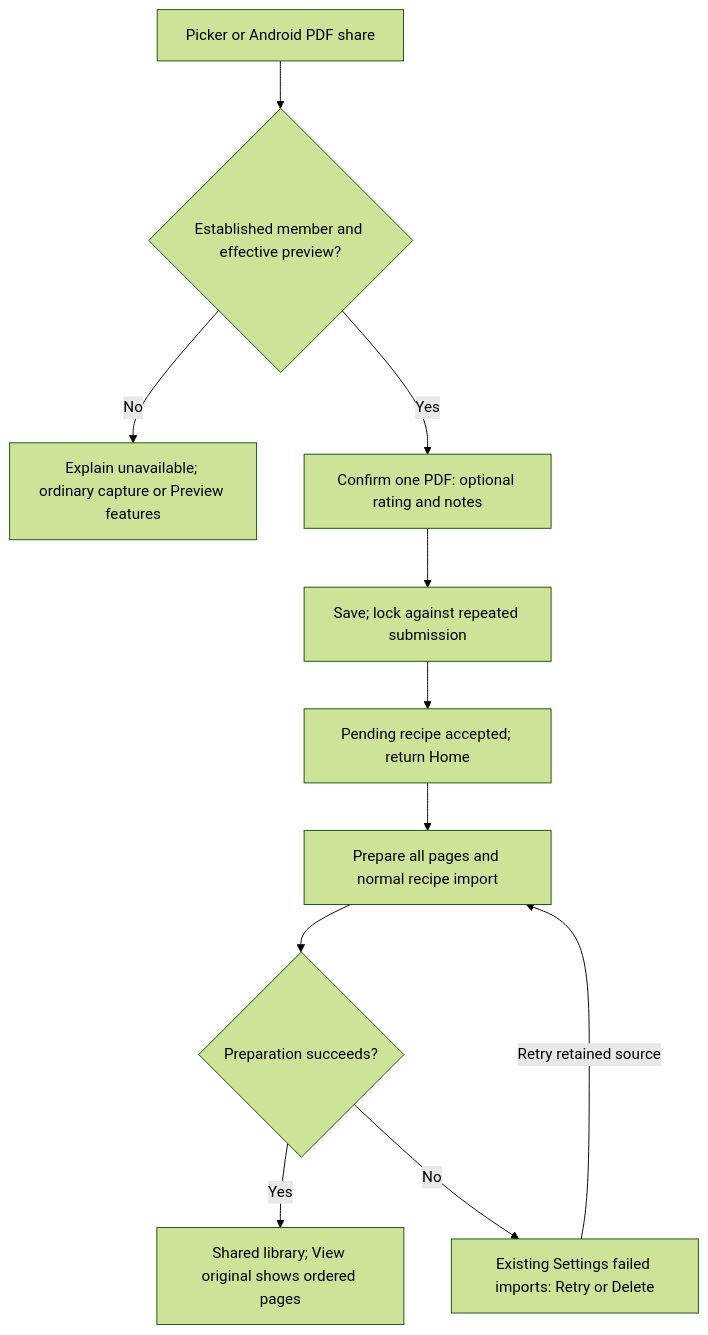
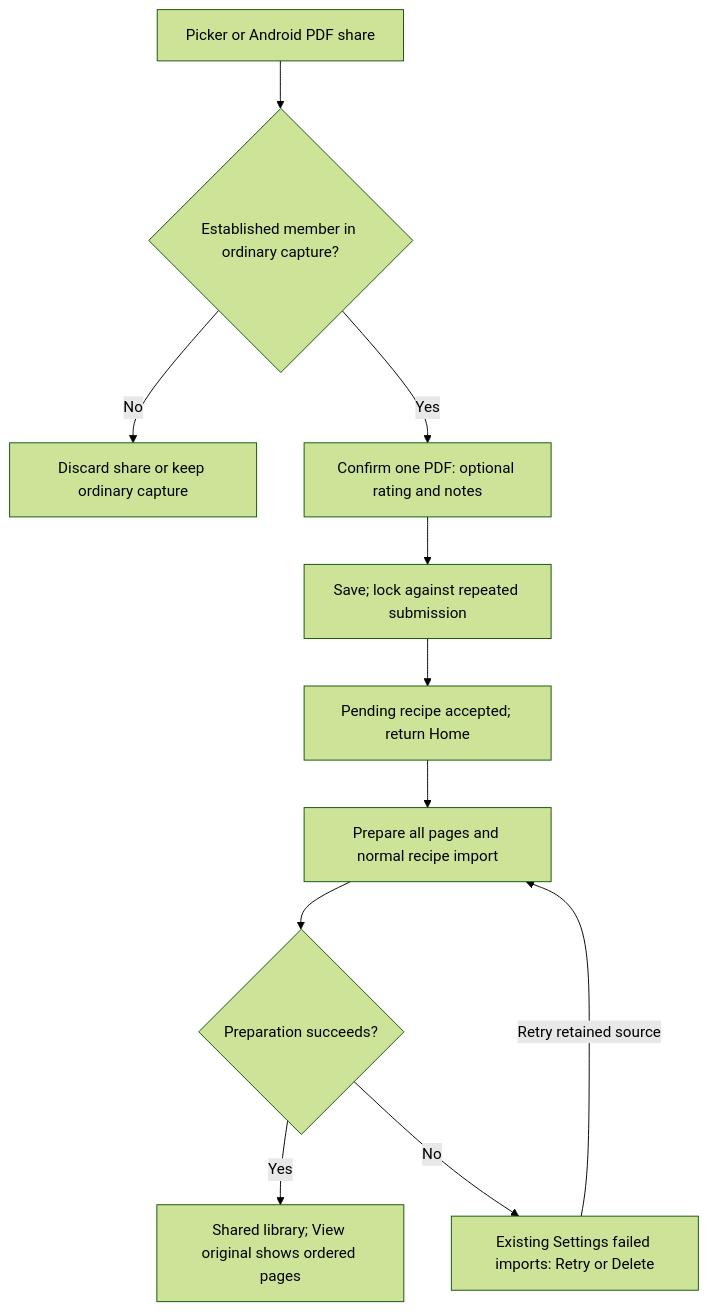
The diagram in docs/flows/user-flows/pdf-recipe-import.md (AlexandreBrisebois/whats-for-supper), drawn with Mermaid (forest theme) before and after one commit. The commit also changed other lines of this file and 40 other files, not shown here.

Commit message:
feat(capture): graduate PDF import

````diff
--- a/docs/flows/user-flows/pdf-recipe-import.md
+++ b/docs/flows/user-flows/pdf-recipe-import.md
@@ -5,13 +5,13 @@
 ```mermaid
 flowchart TD
-    A[Picker or Android PDF share] --> B{Established member and effective preview?}
-    B -->|No| C[Explain unavailable; ordinary capture or Preview features]
+    A[Picker or Android PDF share] --> B{Established member in ordinary capture?}
+    B -->|No| C[Discard share or keep ordinary capture]
     B -->|Yes| D[Confirm one PDF: optional rating and notes]
     D --> E[Save; lock against repeated submission]
     E --> F[Pending recipe accepted; return Home]
     F --> G[Prepare all pages and normal recipe import]
     G --> H{Preparation succeeds?}
     H -->|Yes| I[Shared library; View original shows ordered pages]
     H -->|No| J[Existing Settings failed imports: Retry or Delete]
     J -->|Retry retained source| G
 ```
````
